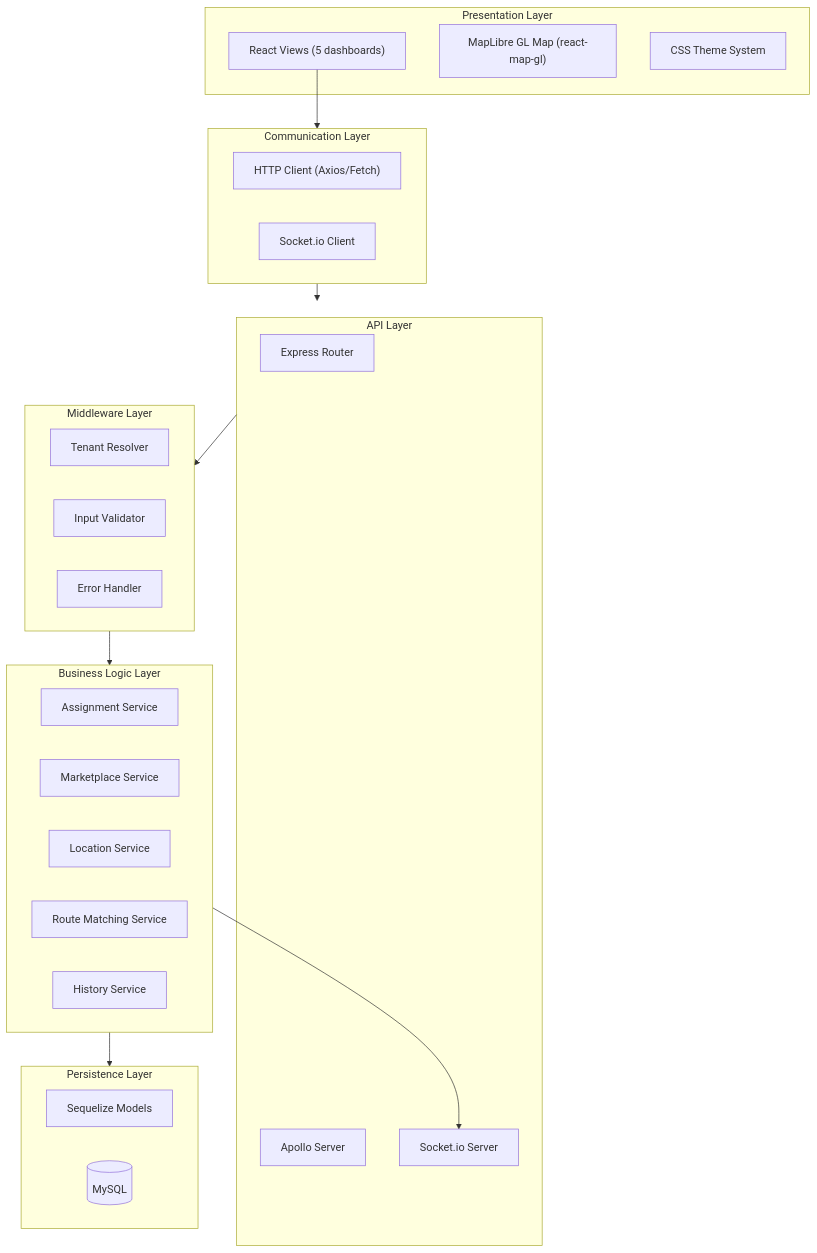
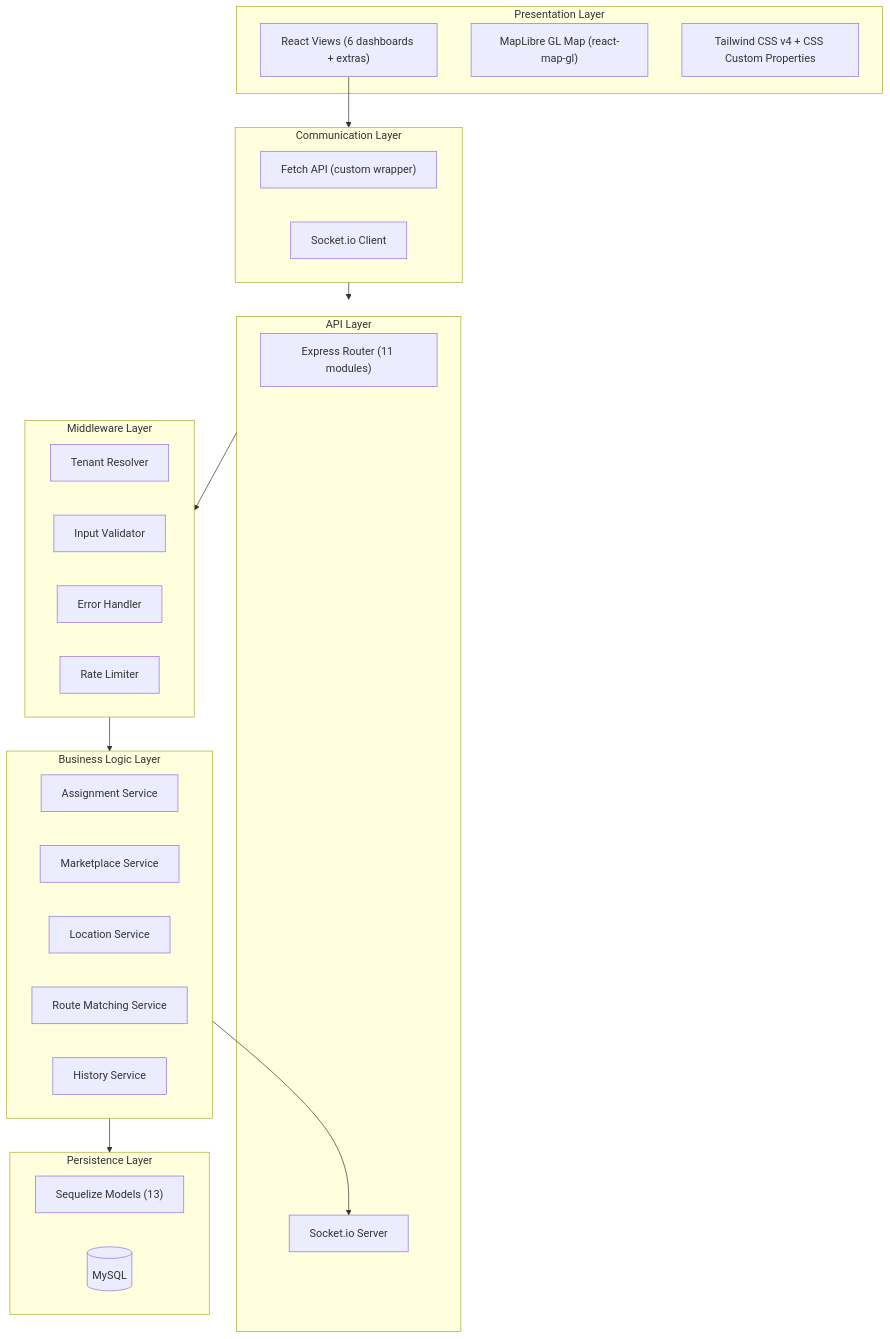
One commit to arsh342/dispatchCore changed the third of 13 diagrams in docs/system_design.md. Above: the diagram before and after it, drawn with Mermaid. The commit also changed other lines of this file and 94 other files, not shown here.

````diff
--- a/docs/system_design.md
+++ b/docs/system_design.md
@@ -228,42 +175,42 @@
 ```mermaid
 graph TB
     subgraph Presentation["Presentation Layer"]
-        UI["React Views (5 dashboards)"]
+        UI["React Views (6 dashboards + extras)"]
         MAP["MapLibre GL Map (react-map-gl)"]
-        THEME["CSS Theme System"]
+        THEME["Tailwind CSS v4 + CSS Custom Properties"]
     end
 
     subgraph Communication["Communication Layer"]
-        HTTP["HTTP Client (Axios/Fetch)"]
+        HTTP["Fetch API (custom wrapper)"]
         WSC["Socket.io Client"]
     end
 
     subgraph API["API Layer"]
-        ROUTER["Express Router"]
-        GQLS["Apollo Server"]
+        ROUTER["Express Router (11 modules)"]
         WSS["Socket.io Server"]
     end
 
     subgraph Business["Business Logic Layer"]
         ASSIGN["Assignment Service"]
         MARKET["Marketplace Service"]
         LOCATE["Location Service"]
         ROUTE["Route Matching Service"]
         HIST["History Service"]
     end
 
     subgraph Middleware["Middleware Layer"]
         TENANT["Tenant Resolver"]
         VALID["Input Validator"]
         ERR["Error Handler"]
+        RATE["Rate Limiter"]
     end
 
     subgraph Persistence["Persistence Layer"]
-        SEQ["Sequelize Models"]
-        MYSQL[(MySQL)]
+        SEQ["Sequelize Models (13)"]
+        MYSQL[("MySQL")]
     end
 
     UI --> Communication --> API
     API --> Middleware --> Business --> Persistence
     Business --> WSS
 ```
````
